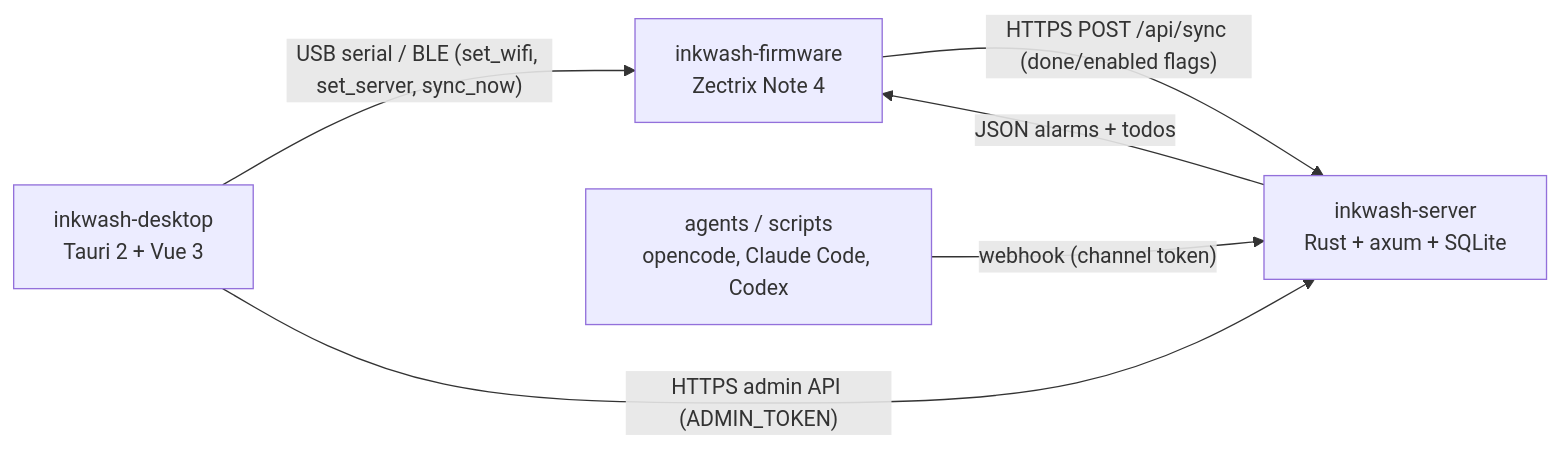
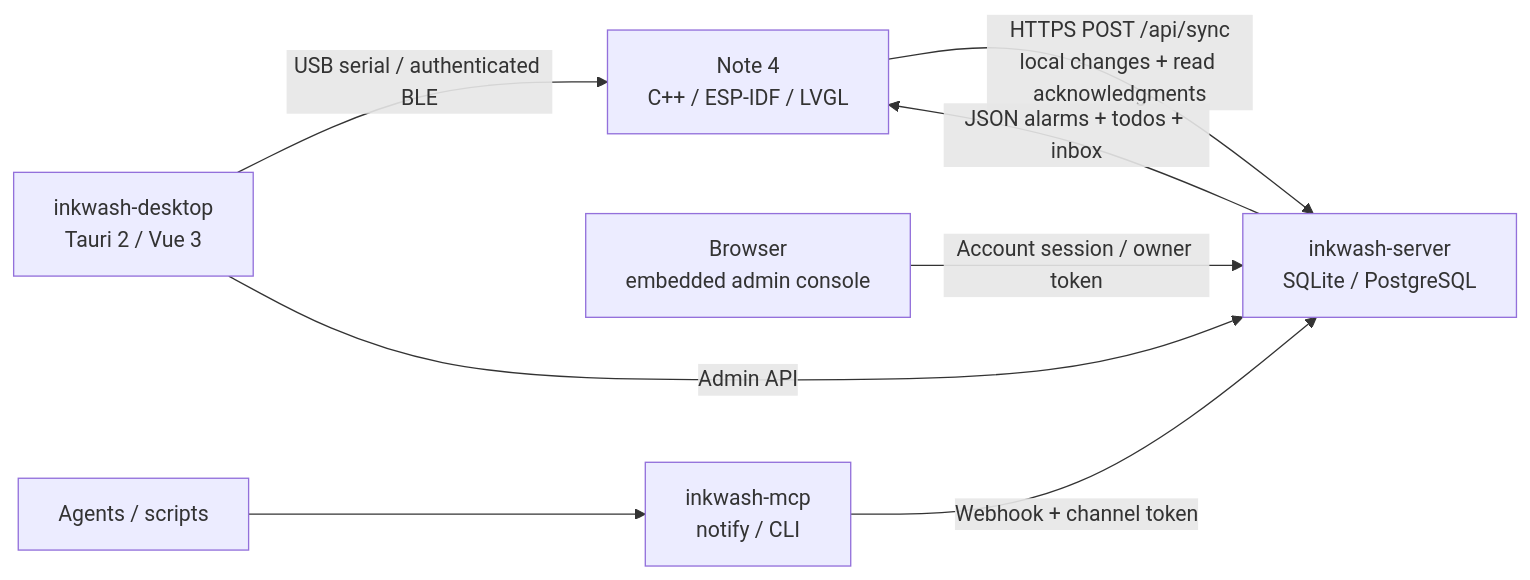
Before and after one commit to counhopig/inkwash: the diagram in README.md, drawn with Mermaid. The commit also changed other lines of this file, not shown here.

````diff
--- a/README.md
+++ b/README.md
@@ -84,8 +61,10 @@
 ```mermaid
 flowchart LR
-    D["inkwash-firmware<br/>Zectrix Note 4"] -->|"HTTPS POST /api/sync (done/enabled flags)"| S["inkwash-server<br/>Rust + axum + SQLite"]
-    S -->|"JSON alarms + todos"| D
-    T["inkwash-desktop<br/>Tauri 2 + Vue 3"] -->|"USB serial / BLE (set_wifi, set_server, sync_now)"| D
-    T -->|"HTTPS admin API (ADMIN_TOKEN)"| S
-    A["agents / scripts<br/>opencode, Claude Code, Codex"] -->|"webhook (channel token)"| S
+    D["Note 4<br/>C++ / ESP-IDF / LVGL"] -->|"HTTPS POST /api/sync<br/>local changes + read acknowledgments"| S["inkwash-server<br/>SQLite / PostgreSQL"]
+    S -->|"JSON alarms + todos + inbox"| D
+    T["inkwash-desktop<br/>Tauri 2 / Vue 3"] -->|"USB serial / authenticated BLE"| D
+    T -->|"Admin API"| S
+    U["Browser<br/>embedded admin console"] -->|"Account session / owner token"| S
+    A["Agents / scripts"] --> M["inkwash-mcp<br/>notify / CLI"]
+    M -->|"Webhook + channel token"| S
 ```
````
